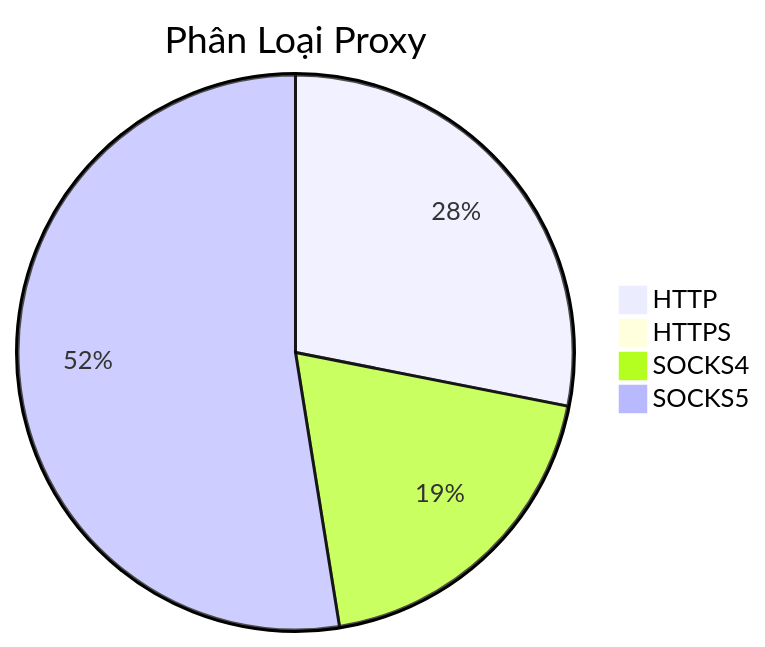
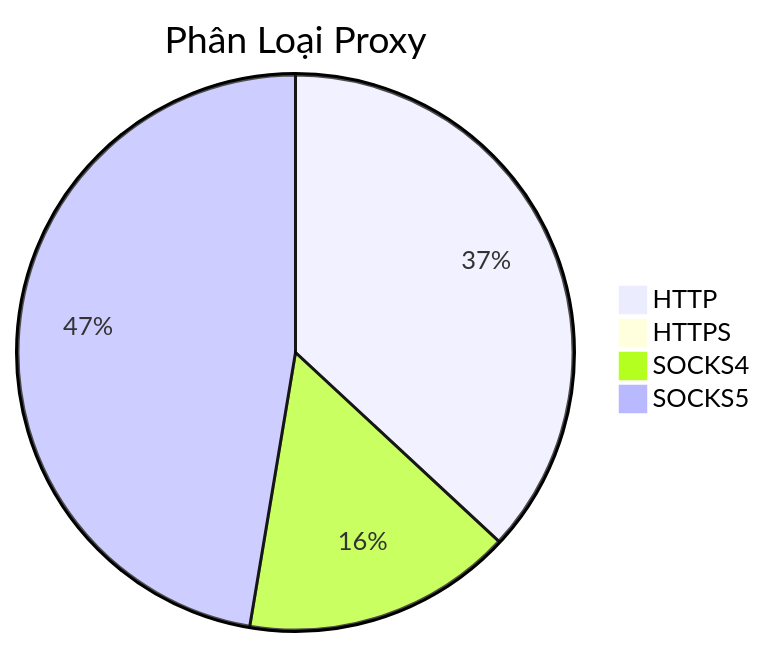
The diagram in README.md (Ciara-12/PROXY-free), drawn with Mermaid before and after one commit. The commit also changed other lines of this file and 4 other files, not shown here.

````diff
--- a/README.md
+++ b/README.md
@@ -26,7 +26,7 @@
 ```mermaid
 pie title Phân Loại Proxy
-    "HTTP" : 338
-    "HTTPS" : 2
-    "SOCKS4" : 233
-    "SOCKS5" : 632
+    "HTTP" : 399
+    "HTTPS" : 0
+    "SOCKS4" : 170
+    "SOCKS5" : 512
 ```
````
